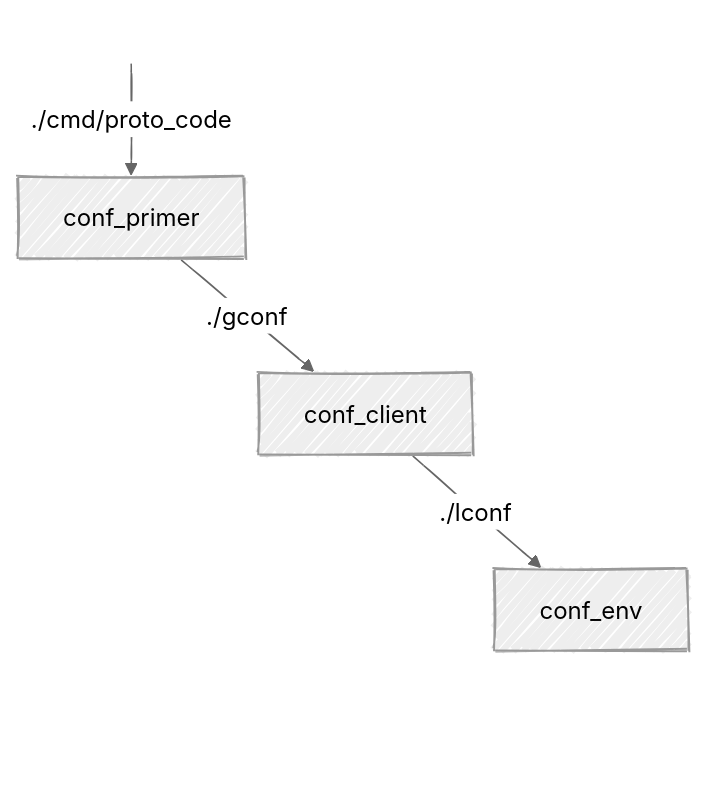
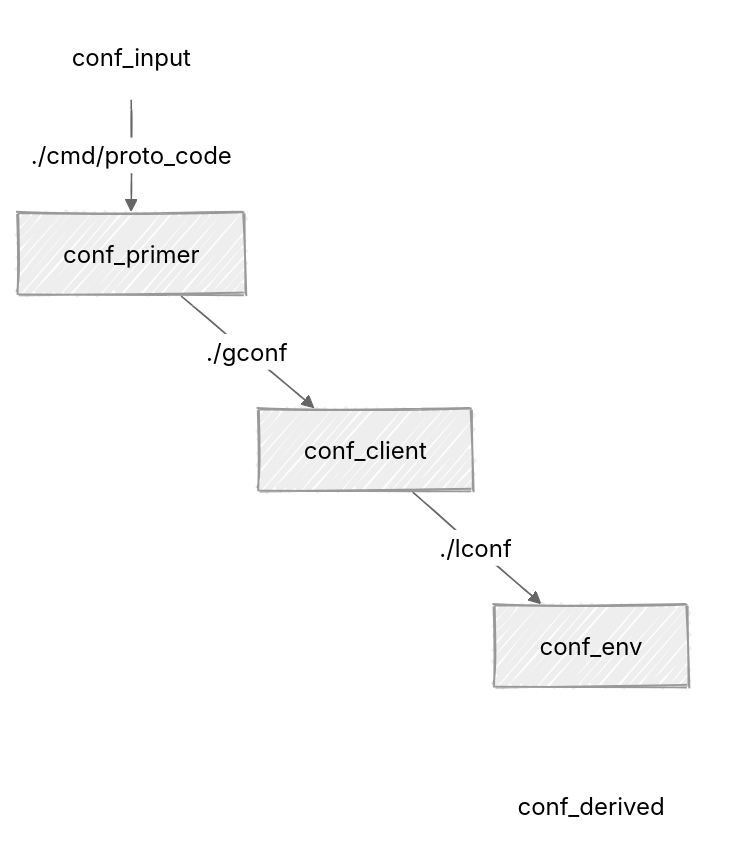
One commit to uvsmtid/protoprimer changed the fourth of 4 diagrams in readme.md. Above: the diagram before and after it, drawn with Mermaid. The commit also changed other lines of this file and 40 other files, not shown here.

````diff
--- a/readme.md
+++ b/readme.md
@@ -421,49 +425,49 @@
 ```mermaid
 ---
 config:
   look: handDrawn
   theme: neutral
 ---
 graph TD;
-    conf_input[ ]
+    conf_input["`conf_input`"]
     conf_primer["`conf_primer`"];
     conf_client["`conf_client`"];
     conf_env["`conf_env`"];
-    conf_derived[ ]
+    conf_derived["`conf_derived`"]
 
     conf_input -- "`./cmd/proto_code`" --> conf_primer;
     conf_primer -- "`./gconf`" --> conf_client;
     conf_client -- "`./lconf`" --> conf_env;
     conf_env --- conf_derived;
 
     invis_L1_S2[ ];
     invis_L1_S3[ ];
 
     invis_L2_S1[ ];
     invis_L2_S3[ ];
 
     invis_L3_S1[ ];
     invis_L3_S2[ ];
 
     conf_primer ~~~ invis_L1_S2;
     invis_L1_S2 ~~~ invis_L1_S3;
 
     invis_L2_S1 ~~~ conf_client;
     conf_client ~~~ invis_L2_S3;
 
     invis_L3_S1 ~~~ invis_L3_S2;
     invis_L3_S2 ~~~ conf_env;
 
     style conf_input fill:none,stroke:none;
     style conf_derived fill:none,stroke:none;
     linkStyle 3 stroke-width:0px
 
     style invis_L1_S2 fill:none,stroke:none;
     style invis_L1_S3 fill:none,stroke:none;
 
     style invis_L2_S1 fill:none,stroke:none;
     style invis_L2_S3 fill:none,stroke:none;
 
     style invis_L3_S1 fill:none,stroke:none;
     style invis_L3_S2 fill:none,stroke:none;
 ```
````
